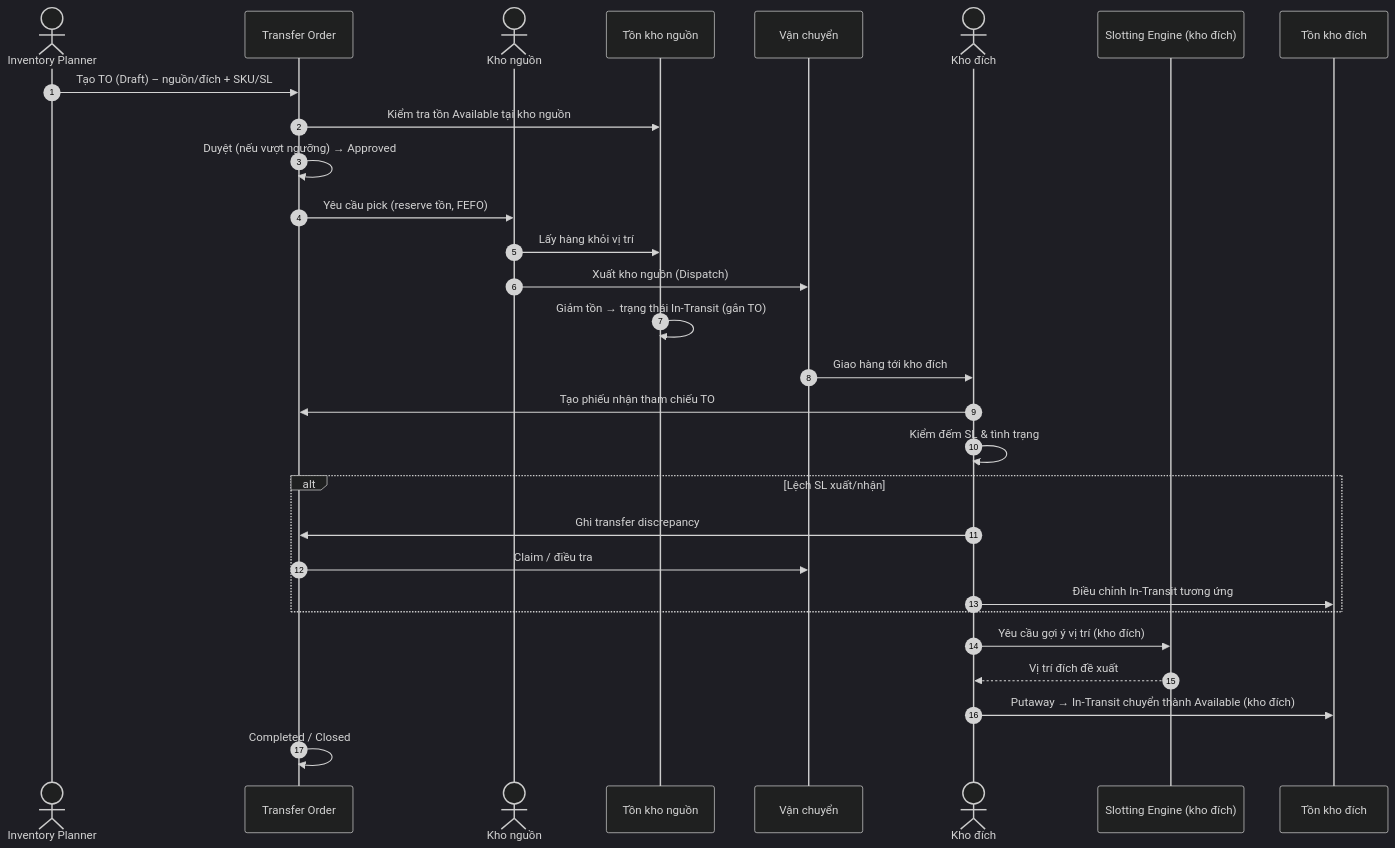
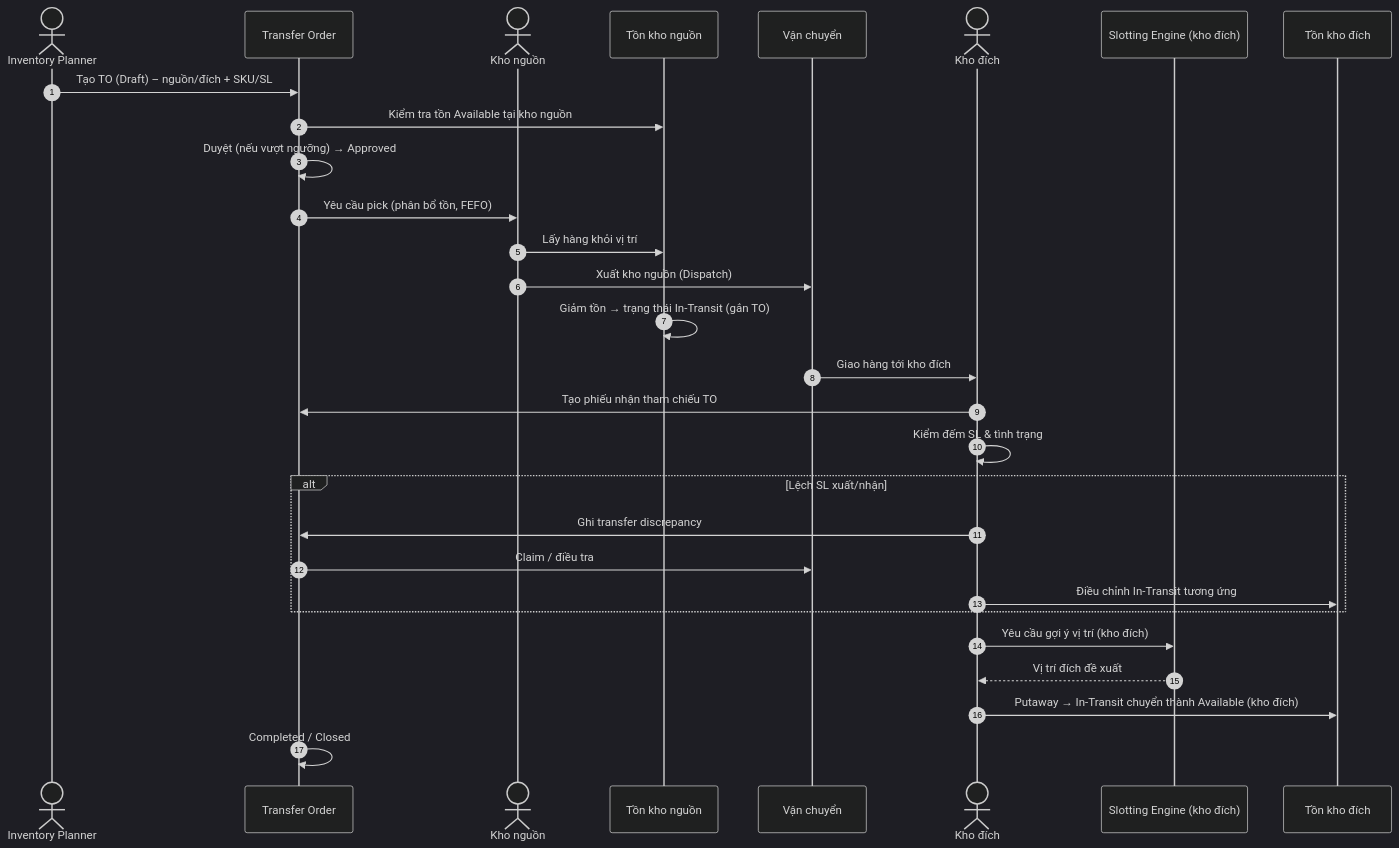
Before and after one commit to KLTN-FA26/docs: the sixth of 8 diagrams in docs/diagrams/README.md, drawn with Mermaid (dark theme). The commit also changed other lines of this file and 7 other files, not shown here.

````diff
--- a/docs/diagrams/README.md
+++ b/docs/diagrams/README.md
@@ -250,32 +250,32 @@
 ```mermaid
 sequenceDiagram
     autonumber
     actor PLAN as Inventory Planner
     participant TO as Transfer Order
     actor SRC as Kho nguồn
     participant INV_SRC as Tồn kho nguồn
     participant TRANS as Vận chuyển
     actor DST as Kho đích
     participant SLOT as Slotting Engine (kho đích)
     participant INV_DST as Tồn kho đích
 
     PLAN->>TO: Tạo TO (Draft) – nguồn/đích + SKU/SL
     TO->>INV_SRC: Kiểm tra tồn Available tại kho nguồn
     TO->>TO: Duyệt (nếu vượt ngưỡng) → Approved
-    TO->>SRC: Yêu cầu pick (reserve tồn, FEFO)
+    TO->>SRC: Yêu cầu pick (phân bổ tồn, FEFO)
     SRC->>INV_SRC: Lấy hàng khỏi vị trí
     SRC->>TRANS: Xuất kho nguồn (Dispatch)
     INV_SRC->>INV_SRC: Giảm tồn → trạng thái In-Transit (gắn TO)
     TRANS->>DST: Giao hàng tới kho đích
     DST->>TO: Tạo phiếu nhận tham chiếu TO
     DST->>DST: Kiểm đếm SL & tình trạng
     alt Lệch SL xuất/nhận
         DST->>TO: Ghi transfer discrepancy
         TO->>TRANS: Claim / điều tra
         DST->>INV_DST: Điều chỉnh In-Transit tương ứng
     end
     DST->>SLOT: Yêu cầu gợi ý vị trí (kho đích)
     SLOT-->>DST: Vị trí đích đề xuất
     DST->>INV_DST: Putaway → In-Transit chuyển thành Available (kho đích)
     TO->>TO: Completed / Closed
 ```
````
